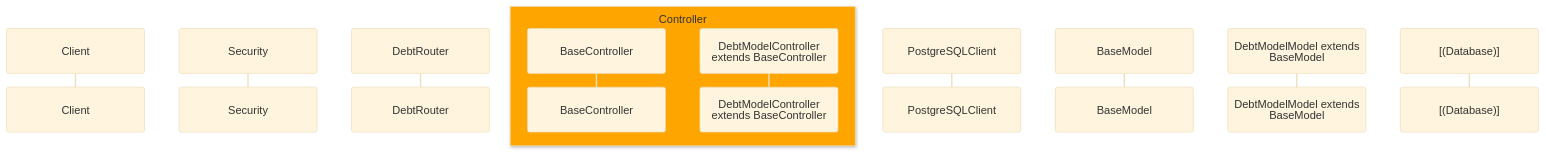
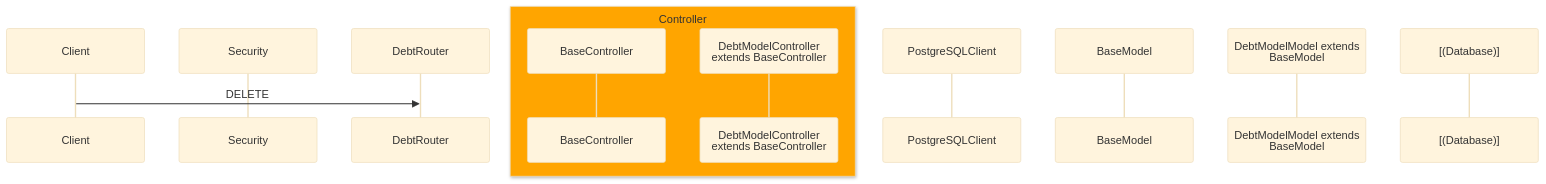
The diagram in design/newClassesDesign/DebtManagement/Delete.mmd (SawatKia/WealthTracking), drawn with Mermaid before and after one commit. The commit also changed 14 other files, not shown here.

Commit message:
update diagram consistency to specify the key

```diff
--- a/design/newClassesDesign/DebtManagement/Delete.mmd
+++ b/design/newClassesDesign/DebtManagement/Delete.mmd
@@ -1,24 +1,26 @@
 %%{
     init: {
         "theme":"base",
         "themeVariables": {
             'labelBoxBorderColor': '#ff0000'
         },
         "sequence": { 
             "wrap": true, 
             "width": 200 
         } 
     }
 }%%
 sequenceDiagram
     participant Client
     participant Sec as Security
     participant Router as DebtRouter
     box orange Controller
         participant BaseCont as BaseController
         participant Cont as DebtModelController extends BaseController
     end
     participant PGClient as PostgreSQLClient
     participant BaseModel as BaseModel 
     participant Model as DebtModelModel extends BaseModel
     participant DB as [(Database)]
+
+    Client->>Router: DELETE
```
